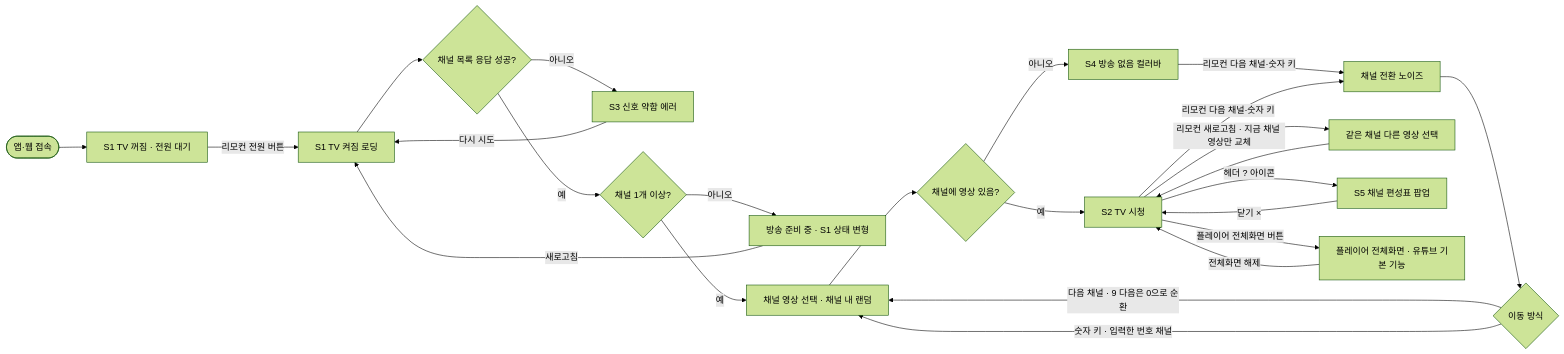
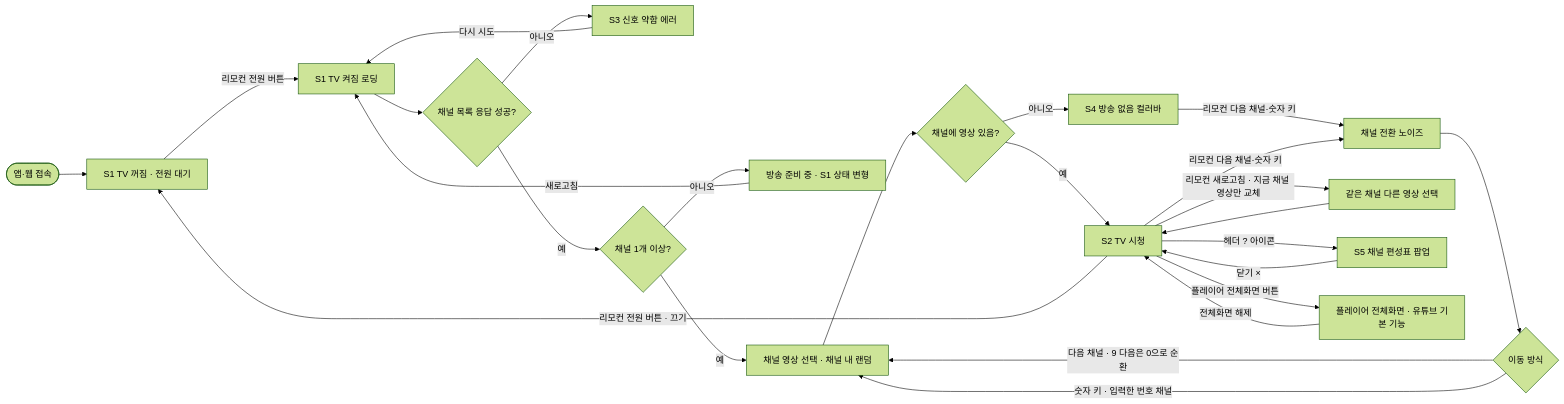
The diagram in docs/planning/03-flow.md (neordinary-hackathon-2/nerodinary_hackathon), drawn with Mermaid (forest theme) before and after one commit. The commit also changed other lines of this file and 2 other files, not shown here.

Commit message:
docs: 전원 버튼 켜기/끄기 토글 반영 (F7, 플로우, 결정 로그)

````diff
--- a/docs/planning/03-flow.md
+++ b/docs/planning/03-flow.md
@@ -12,24 +12,25 @@
 ```mermaid
 flowchart LR
   A([앱·웹 접속]) --> O[S1 TV 꺼짐 · 전원 대기]
   O -->|리모컨 전원 버튼| B[S1 TV 켜짐 로딩]
+  C -->|리모컨 전원 버튼 · 끄기| O
   B --> Q1{채널 목록 응답 성공?}
   Q1 -->|아니오| E[S3 신호 약함 에러]
   E -->|다시 시도| B
   Q1 -->|예| Q2{채널 1개 이상?}
   Q2 -->|아니오| G[방송 준비 중 · S1 상태 변형]
   G -->|새로고침| B
   Q2 -->|예| P[채널 영상 선택 · 채널 내 랜덤]
   P --> Q3{채널에 영상 있음?}
   Q3 -->|예| C[S2 TV 시청]
   Q3 -->|아니오| F[S4 방송 없음 컬러바]
   F -->|리모컨 다음 채널·숫자 키| D
   C -->|리모컨 다음 채널·숫자 키| D[채널 전환 노이즈]
   C -->|리모컨 새로고침 · 지금 채널 영상만 교체| P2[같은 채널 다른 영상 선택] --> C
   C -->|헤더 ? 아이콘| T[S5 채널 편성표 팝업] -->|닫기 ×| C
   C -->|플레이어 전체화면 버튼| H[플레이어 전체화면 · 유튜브 기본 기능]
   H -->|전체화면 해제| C
   D --> Q4{이동 방식}
   Q4 -->|다음 채널 · 9 다음은 0으로 순환| P
   Q4 -->|숫자 키 · 입력한 번호 채널| P
 ```
````
